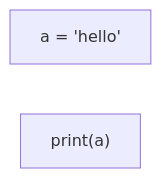
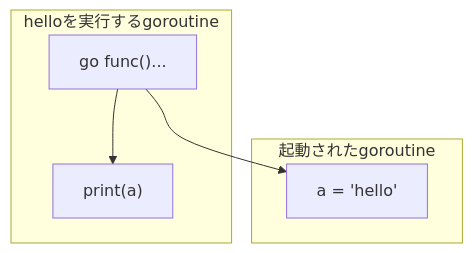
Before and after one commit to nobishino/zenn: the third of 9 diagrams in books/go-memory-model/5.synchronization.md, drawn with Mermaid. The commit also changed other lines of this file and 1 other file, not shown here.

Commit message:
レビュー項目5: 5章goroutine終了の図をhello関数のグラフに置き換え
孤立ノード2つだけの図を、go文の矢印を含むhello関数の実際のhappens-beforeグラフに差し替えた。第3章ルール2のS→X/Y型（並行）と同じ形であることを明示し、条件2により観測が保証されないことへ接続した。

````diff
--- a/books/go-memory-model/5.synchronization.md
+++ b/books/go-memory-model/5.synchronization.md
@@ -154,5 +154,10 @@
 ```mermaid
-graph LR
-    A["a = 'hello'"]
-    B["print(a)"]
+graph TD
+    subgraph M["helloを実行するgoroutine"]
+        GO["go func()..."] --> PR["print(a)"]
+    end
+    subgraph G["起動されたgoroutine"]
+        A["a = 'hello'"]
+    end
+    GO --> A
 ```
````
